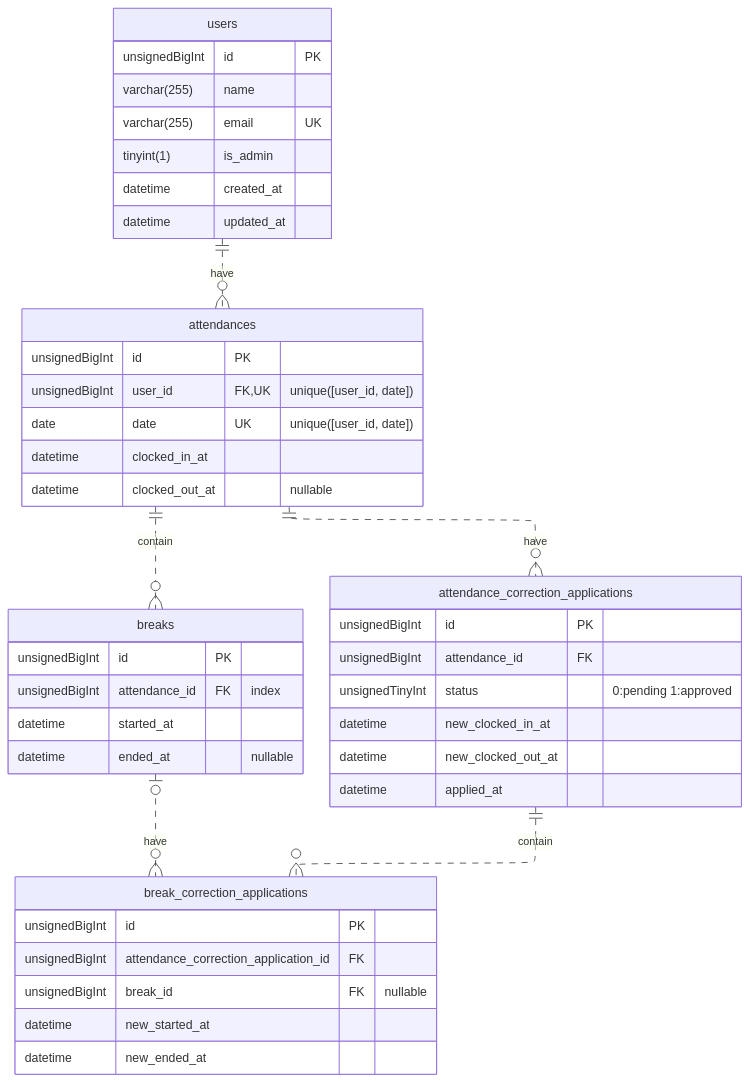
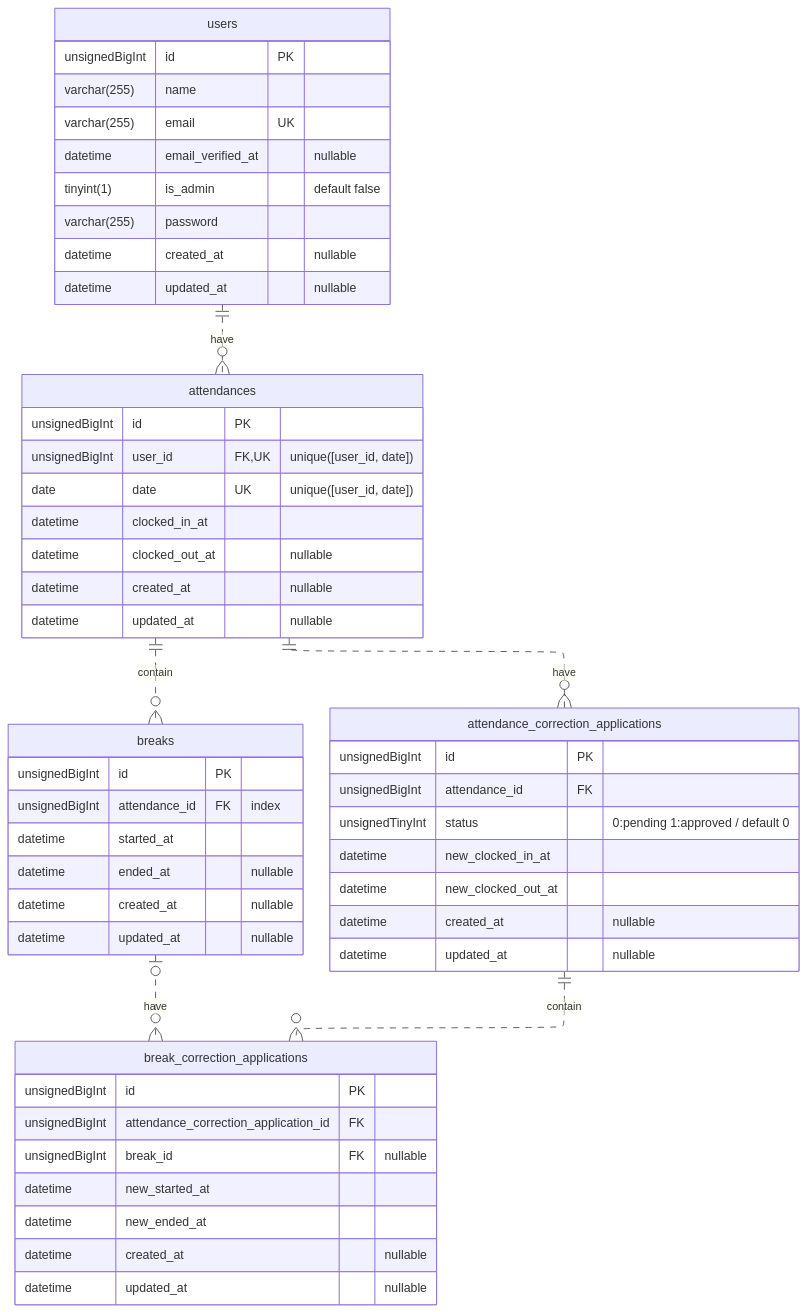
The diagram in README.md (sangwon-lee302/time-and-attendance), drawn with Mermaid before and after one commit. The commit also changed 7 other files, not shown here.

````diff
--- a/README.md
+++ b/README.md
@@ -17,53 +17,62 @@
 ```mermaid
 ---
 config:
     layout: elk
 ---
 erDiagram
     users ||..o{ attendances: "have"
     attendances ||..o{ breaks: "contain"
     attendances ||..o{ attnd-corrections: "have"
     attnd-corrections ||..o{ break-corrections: "contain"
     breaks |o..o{ break-corrections: "have"
 
     users {
         unsignedBigInt id PK
         varchar(255) name
         varchar(255) email UK
-        tinyint(1) is_admin
-        datetime created_at
-        datetime updated_at
+        datetime email_verified_at "nullable"
+        tinyint(1) is_admin "default false"
+        varchar(255) password
+        datetime created_at "nullable"
+        datetime updated_at "nullable"
     }
 
     attendances {
         unsignedBigInt id PK
         unsignedBigInt user_id FK, UK "unique([user_id, date])"
         date date UK "unique([user_id, date])"
         datetime clocked_in_at
         datetime clocked_out_at "nullable"
+        datetime created_at "nullable"
+        datetime updated_at "nullable"
     }
 
     breaks {
         unsignedBigInt id PK
         unsignedBigInt attendance_id FK "index"
         datetime started_at
         datetime ended_at "nullable"
+        datetime created_at "nullable"
+        datetime updated_at "nullable"
     }
 
     attnd-corrections["attendance_correction_applications"] {
         unsignedBigInt id PK
         unsignedBigInt attendance_id FK
-        unsignedTinyInt status "0:pending 1:approved"
+        unsignedTinyInt status "0:pending 1:approved / default 0"
         datetime new_clocked_in_at
         datetime new_clocked_out_at
-        datetime applied_at
+        datetime created_at "nullable"
+        datetime updated_at "nullable"
     }
 
     break-corrections["break_correction_applications"] {
         unsignedBigInt id PK
         unsignedBigInt attendance_correction_application_id FK
         unsignedBigInt break_id FK "nullable"
         datetime new_started_at
         datetime new_ended_at
+        datetime created_at "nullable"
+        datetime updated_at "nullable"
     }
 ```
````
